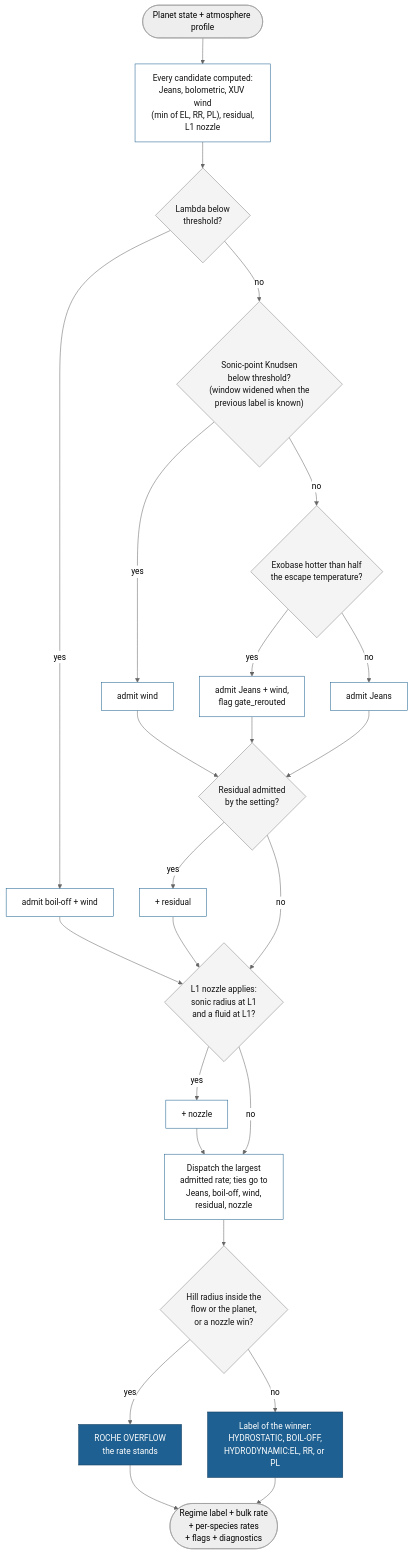
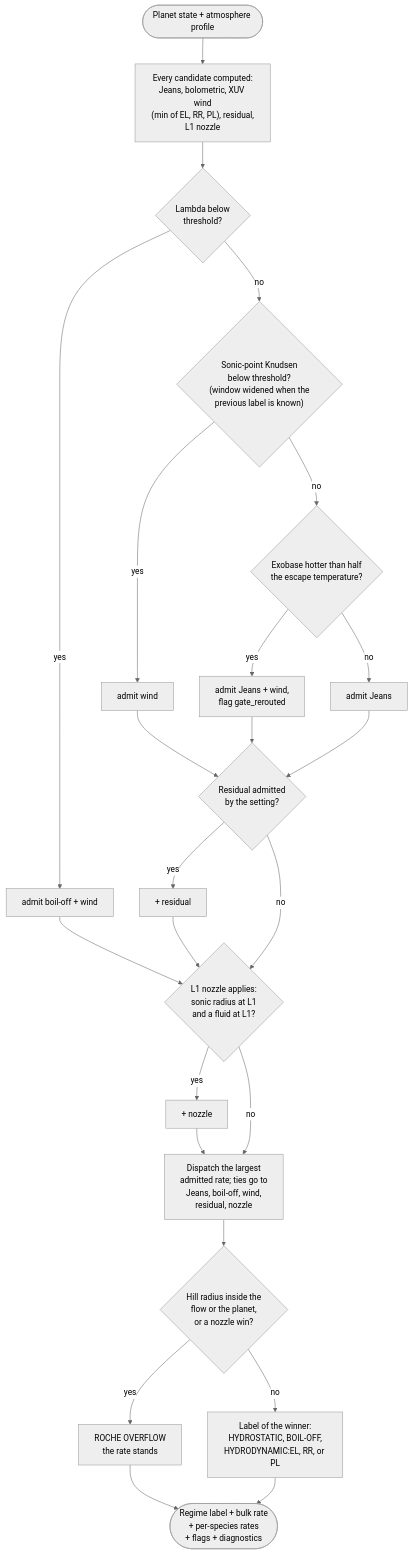
The diagram in docs/Explanations/regimes.md (FormingWorlds/ZEPHYRUS), drawn with Mermaid (neutral theme) before and after one commit. The commit also changed 4 other files, not shown here.

First line of the commit message:
Redraw the flowcharts on a color scheme change

````diff
--- a/docs/Explanations/regimes.md
+++ b/docs/Explanations/regimes.md
@@ -27,32 +27,29 @@
 ```mermaid
 flowchart TD
     IN(["Planet state + atmosphere profile"]) --> CAND["Every candidate computed:<br/>Jeans, bolometric, XUV wind<br/>(min of EL, RR, PL), residual,<br/>L1 nozzle"]
     CAND --> Q1{"Lambda below<br/>threshold?"}
     Q1 -- yes --> A1["admit boil-off + wind"]
     Q1 -- no --> Q2{"Sonic-point Knudsen<br/>below threshold?<br/>(window widened when the<br/>previous label is known)"}
     Q2 -- yes --> A2["admit wind"]
     Q2 -- no --> Q3{"Exobase hotter than half<br/>the escape temperature?"}
     Q3 -- yes --> A3["admit Jeans + wind,<br/>flag gate_rerouted"]
     Q3 -- no --> A4["admit Jeans"]
     A2 --> Q4{"Residual admitted<br/>by the setting?"}
     A3 --> Q4
     A4 --> Q4
     Q4 -- yes --> A5["+ residual"]
     Q4 -- no --> QN
     A1 --> QN{"L1 nozzle applies:<br/>sonic radius at L1<br/>and a fluid at L1?"}
     A5 --> QN
     QN -- yes --> A6["+ nozzle"]
     QN -- no --> MAX["Dispatch the largest<br/>admitted rate; ties go to<br/>Jeans, boil-off, wind,<br/>residual, nozzle"]
     A6 --> MAX
     MAX --> Q5{"Hill radius inside the<br/>flow or the planet,<br/>or a nozzle win?"}
     Q5 -- yes --> RO["ROCHE OVERFLOW<br/>the rate stands"]
     Q5 -- no --> LAB["Label of the winner:<br/>HYDROSTATIC, BOIL-OFF,<br/>HYDRODYNAMIC:EL, RR, or PL"]
     RO --> OUT(["Regime label + bulk rate<br/>+ per-species rates<br/>+ flags + diagnostics"])
     LAB --> OUT
-    classDef regime fill:#1e6091,stroke:#0f3a5c,color:#ffffff
-    classDef decision fill:#f4f4f4,stroke:#888888,color:#111111
-    classDef stage fill:#ffffff,stroke:#1e6091,color:#111111
     class RO,LAB regime
     class Q1,Q2,Q3,Q4,QN,Q5 decision
     class CAND,A1,A2,A3,A4,A5,A6,MAX stage
 ```
````
